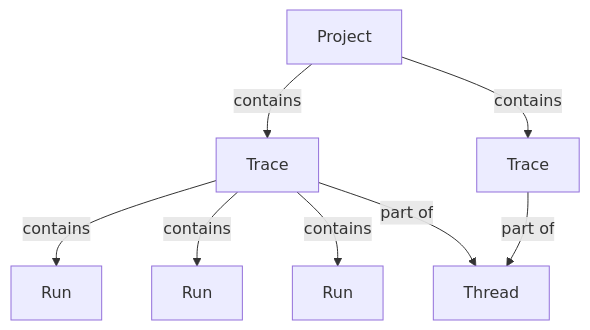
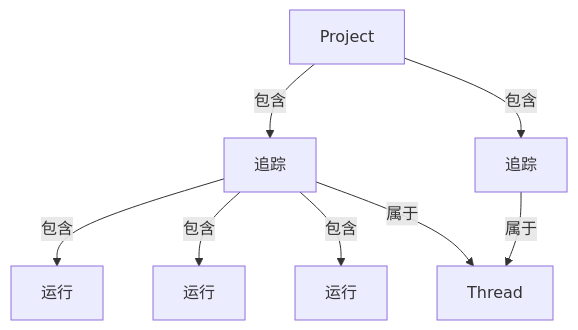
Before and after one commit to kunfan96/cndocs-langchain: the diagram in langsmith/observability-concepts.mdx, drawn with Mermaid. The commit also changed other lines of this file and 2498 other files, not shown here.

````diff
--- a/langsmith/observability-concepts.mdx
+++ b/langsmith/observability-concepts.mdx
@@ -15,10 +15,10 @@
 ```mermaid actions={false}
 graph TB
-    Project -->|contains| Trace1[Trace]
-    Project -->|contains| Trace2[Trace]
-    Trace1 -->|contains| Run1[Run]
-    Trace1 -->|contains| Run2[Run]
-    Trace1 -->|contains| Run3[Run]
-    Trace1 -->|part of| Thread
-    Trace2 -->|part of| Thread
+    Project -->|包含| Trace1[追踪]
+    Project -->|包含| Trace2[追踪]
+    Trace1 -->|包含| Run1[运行]
+    Trace1 -->|包含| Run2[运行]
+    Trace1 -->|包含| Run3[运行]
+    Trace1 -->|属于| Thread
+    Trace2 -->|属于| Thread
 ```
````
